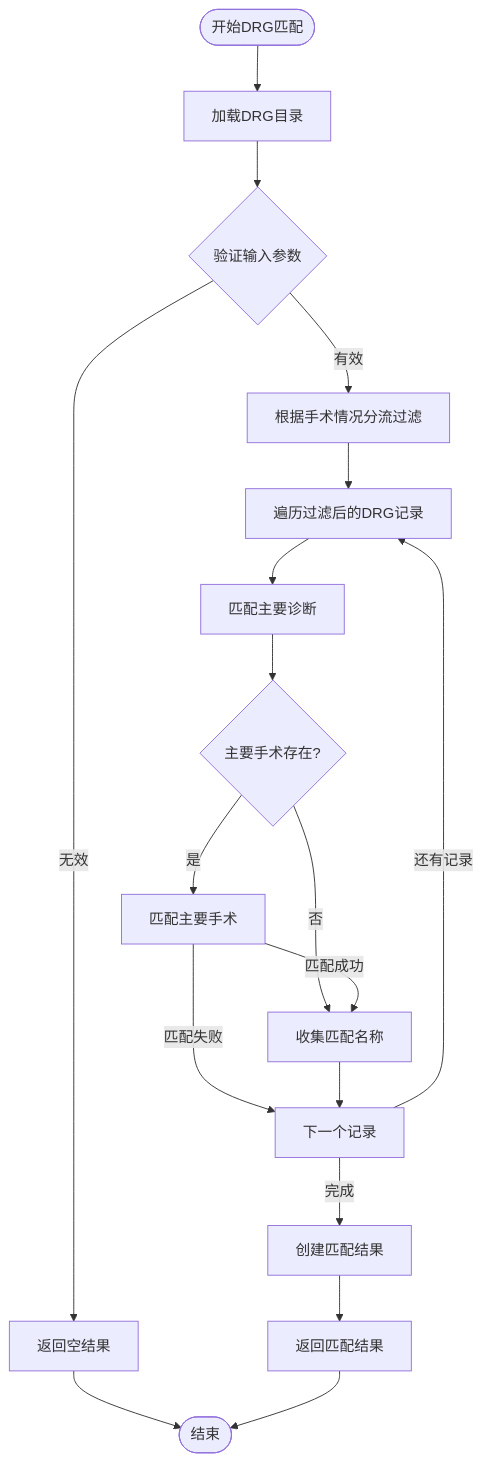
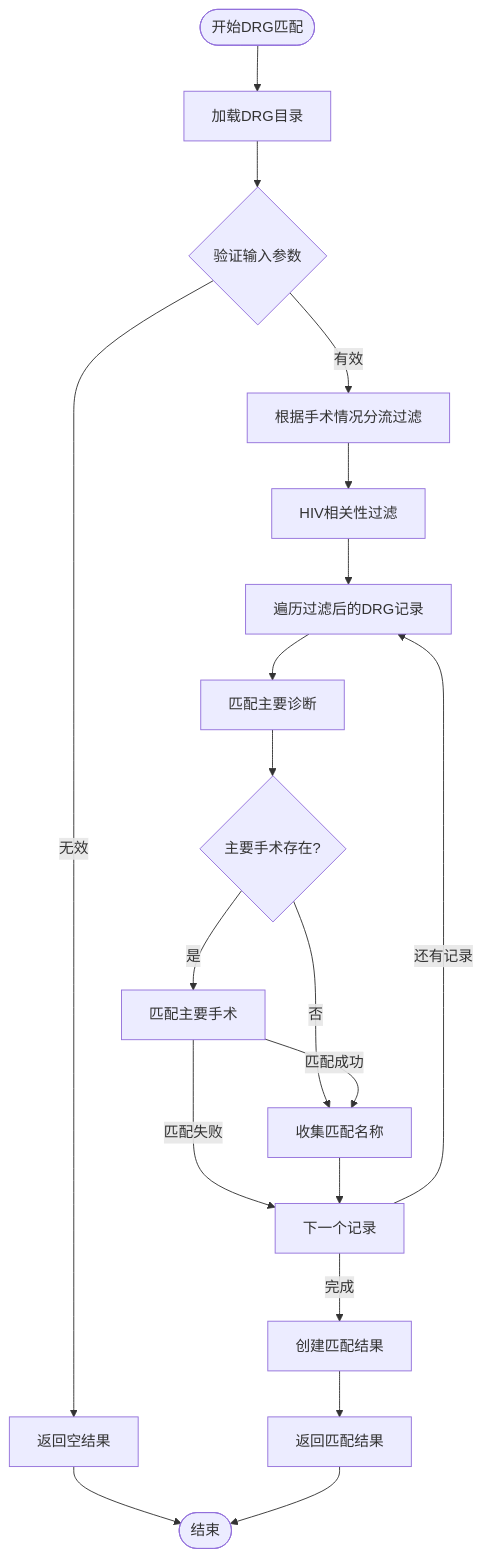
One commit to liuzh2008/med_ai_assistant_workspace changed diagram 12 of 32 in .qoder/repowiki/zh/content/核心功能模块/DRG分析系统增强.md. Above: the diagram before and after it, drawn with Mermaid. The commit also changed other lines of this file and 1 other file, not shown here.

````diff
--- a/.qoder/repowiki/zh/content/核心功能模块/DRG分析系统增强.md
+++ b/.qoder/repowiki/zh/content/核心功能模块/DRG分析系统增强.md
@@ -514,20 +539,21 @@
 ```mermaid
 flowchart TD
 Start([开始DRG匹配]) --> LoadCatalog[加载DRG目录]
 LoadCatalog --> ValidateInput{验证输入参数}
 ValidateInput --> |有效| FilterByProcedure[根据手术情况分流过滤]
 ValidateInput --> |无效| ReturnEmpty[返回空结果]
-FilterByProcedure --> IterateRecords[遍历过滤后的DRG记录]
+FilterByProcedure --> FilterByHiv[HIV相关性过滤]
+FilterByHiv --> IterateRecords[遍历过滤后的DRG记录]
 IterateRecords --> MatchDiagnosis[匹配主要诊断]
 MatchDiagnosis --> MatchProcedure{主要手术存在?}
 MatchProcedure --> |是| CheckProcedure[匹配主要手术]
 MatchProcedure --> |否| CollectNames[收集匹配名称]
 CheckProcedure --> |匹配成功| CollectNames
 CheckProcedure --> |匹配失败| NextRecord[下一个记录]
 CollectNames --> NextRecord
 NextRecord --> |还有记录| IterateRecords
 NextRecord --> |完成| CreateResult[创建匹配结果]
 CreateResult --> ReturnResult[返回匹配结果]
 ReturnEmpty --> End([结束])
 ReturnResult --> End
 ```
````
